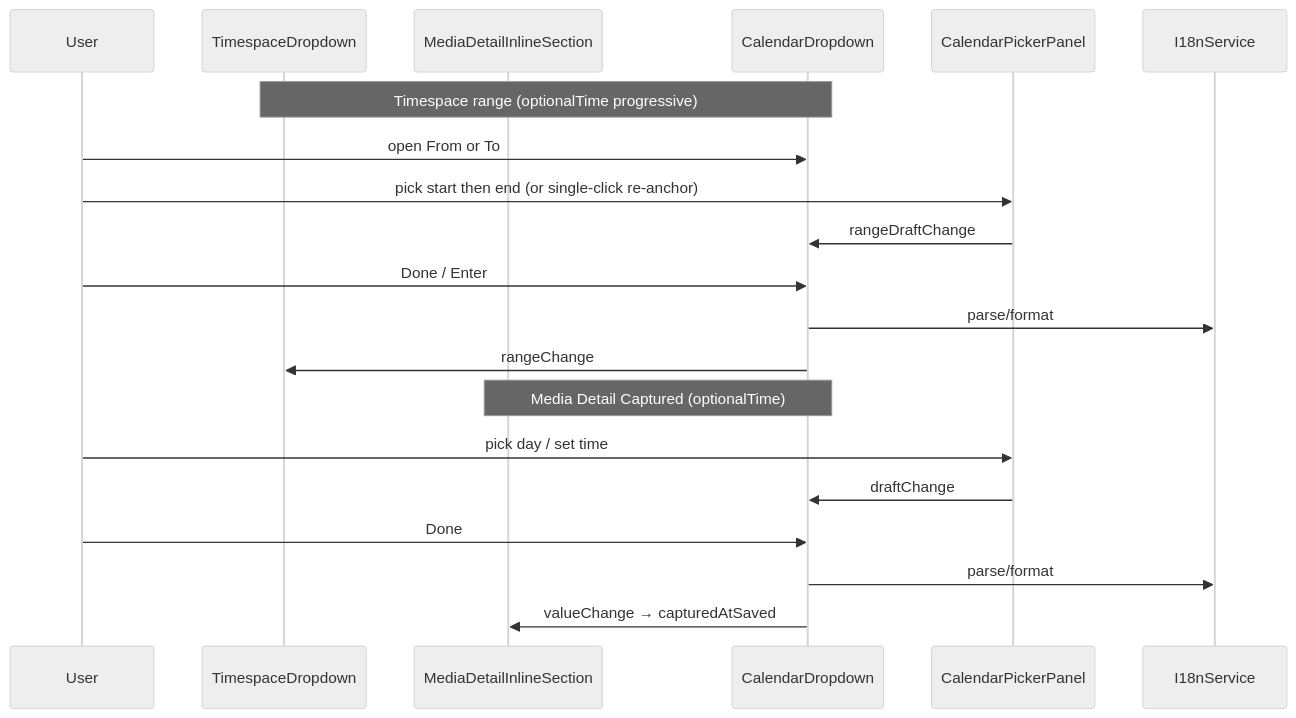
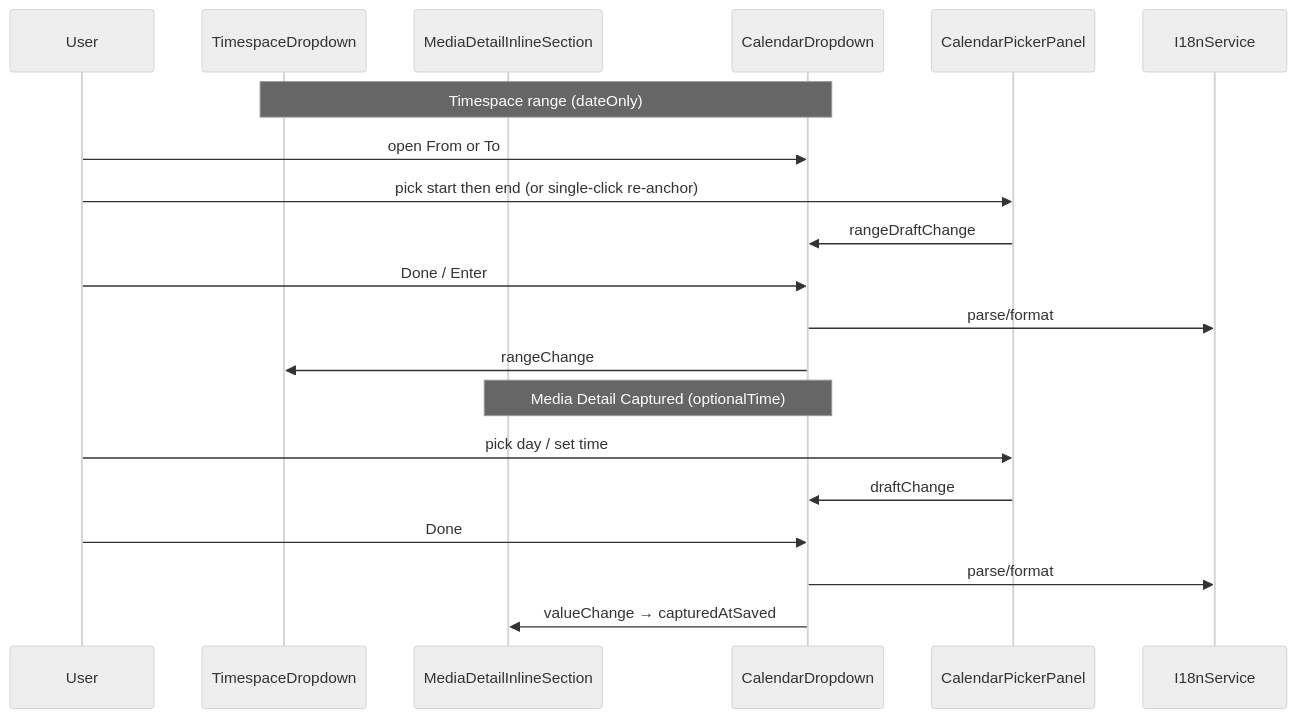
The second of 2 diagrams in docs/specs/component/filters/calendar-dropdown.md (matkleve/feldpost), drawn with Mermaid (neutral theme) before and after one commit. The commit also changed other lines of this file and 5 other files, not shown here.

````diff
--- a/docs/specs/component/filters/calendar-dropdown.md
+++ b/docs/specs/component/filters/calendar-dropdown.md
@@ -139,24 +141,24 @@
 ```mermaid
 sequenceDiagram
   participant U as User
   participant TD as TimespaceDropdown
   participant MD as MediaDetailInlineSection
   participant CD as CalendarDropdown
   participant P as CalendarPickerPanel
   participant I18n as I18nService
 
-  note over TD,CD: Timespace range (optionalTime progressive)
+  note over TD,CD: Timespace range (dateOnly)
   U->>CD: open From or To
   U->>P: pick start then end (or single-click re-anchor)
   P->>CD: rangeDraftChange
   U->>CD: Done / Enter
   CD->>I18n: parse/format
   CD->>TD: rangeChange
 
   note over MD,CD: Media Detail Captured (optionalTime)
   U->>P: pick day / set time
   P->>CD: draftChange
   U->>CD: Done
   CD->>I18n: parse/format
   CD->>MD: valueChange → capturedAtSaved
 ```
````
